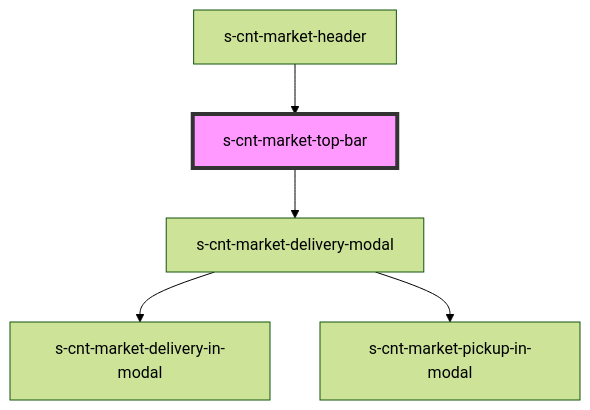
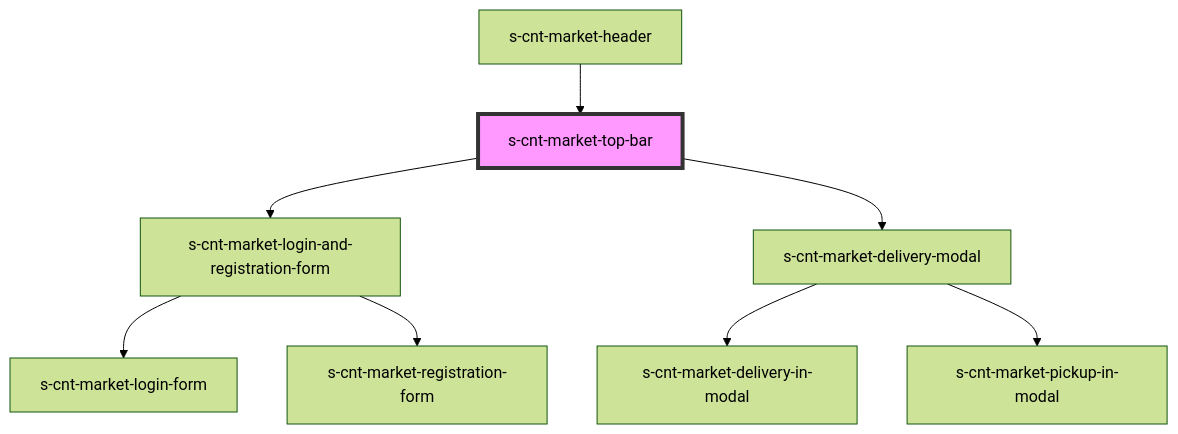
One commit to saqhan/stencil-market changed the diagram in src/components/group-b/res/view/s-cnt-market-header-wrapper/res/view/s-cnt-market-header/res/view/s-cnt-market-top-bar/readme.md. Above: the diagram before and after it, drawn with Mermaid (forest theme). The commit also changed other lines of this file and 57 other files, not shown here.

````diff
--- a/src/components/group-b/res/view/s-cnt-market-header-wrapper/res/view/s-cnt-market-header/res/view/s-cnt-market-top-bar/readme.md
+++ b/src/components/group-b/res/view/s-cnt-market-header-wrapper/res/view/s-cnt-market-header/res/view/s-cnt-market-top-bar/readme.md
@@ -26,8 +27,11 @@
 ```mermaid
 graph TD;
+  s-cnt-market-top-bar --> s-cnt-market-login-and-registration-form
   s-cnt-market-top-bar --> s-cnt-market-delivery-modal
+  s-cnt-market-login-and-registration-form --> s-cnt-market-login-form
+  s-cnt-market-login-and-registration-form --> s-cnt-market-registration-form
   s-cnt-market-delivery-modal --> s-cnt-market-delivery-in-modal
   s-cnt-market-delivery-modal --> s-cnt-market-pickup-in-modal
   s-cnt-market-header --> s-cnt-market-top-bar
   style s-cnt-market-top-bar fill:#f9f,stroke:#333,stroke-width:4px
 ```
````
